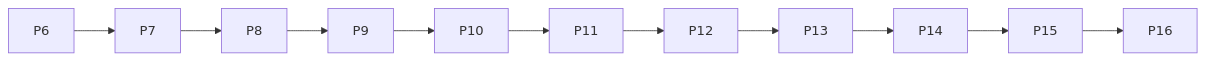
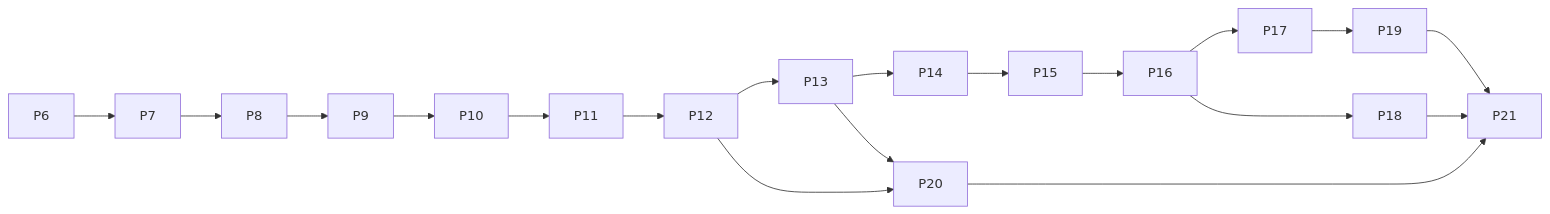
One commit to tiny-playworks/game-hub changed the diagram in docs/roadmap/README.md. Above: the diagram before and after it, drawn with Mermaid. The commit also changed other lines of this file and 5 other files, not shown here.

First line of the commit message:
docs: add roadmaps for P17 to P21, outlining new features and dependencies

````diff
--- a/docs/roadmap/README.md
+++ b/docs/roadmap/README.md
@@ -45,4 +57,12 @@
 ```mermaid
 graph LR
   P6 --> P7 --> P8 --> P9 --> P10 --> P11 --> P12 --> P13 --> P14 --> P15 --> P16
+  P16 --> P17
+  P16 --> P18
+  P17 --> P19
+  P12 --> P20
+  P13 --> P20
+  P18 --> P21
+  P19 --> P21
+  P20 --> P21
 ```
````
